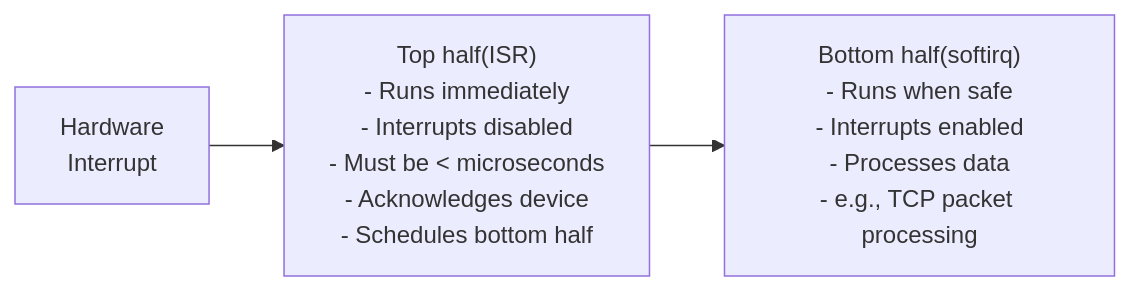
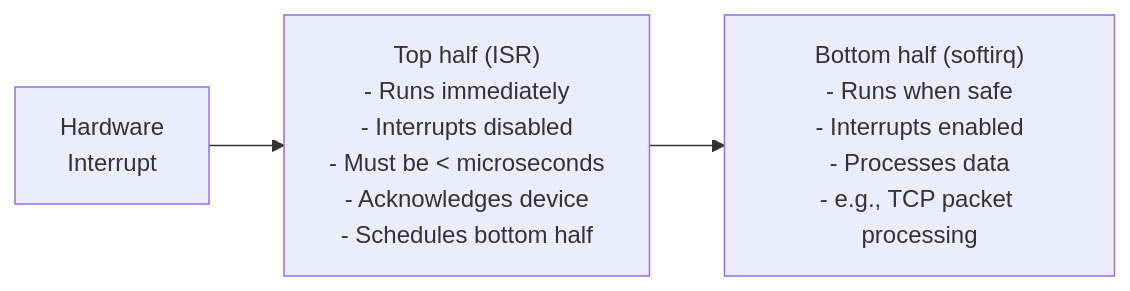
Before and after one commit to pploc/swe-icon-the-moment: the diagram in content/questions/fundamentals/linux-interrupts.md, drawn with Mermaid. The commit also changed 95 other files, not shown here.

Commit message:
fix: update the practice mode diagram bug not display

````diff
--- a/content/questions/fundamentals/linux-interrupts.md
+++ b/content/questions/fundamentals/linux-interrupts.md
@@ -22,7 +22,8 @@
 ```mermaid
 flowchart LR
-    HW["Hardware\nInterrupt"] --> TH["Top half(ISR)\n- Runs immediately\n- Interrupts disabled\n- Must be < microseconds\n- Acknowledges device\n- Schedules bottom half"]
-    TH --> BH["Bottom half(softirq)\n- Runs when safe\n- Interrupts enabled\n- Processes data\n- e.g., TCP packet processing"]
+    HW["Hardware\nInterrupt"] --> TH["Top half (ISR)\n- Runs immediately\n- Interrupts disabled\n- Must be < microseconds\n- Acknowledges device\n- Schedules bottom half"]
+    TH --> BH["Bottom half (softirq)\n- Runs when safe\n- Interrupts enabled\n- Processes data\n- e.g., TCP packet processing"]
+
 
 
 ```
````
